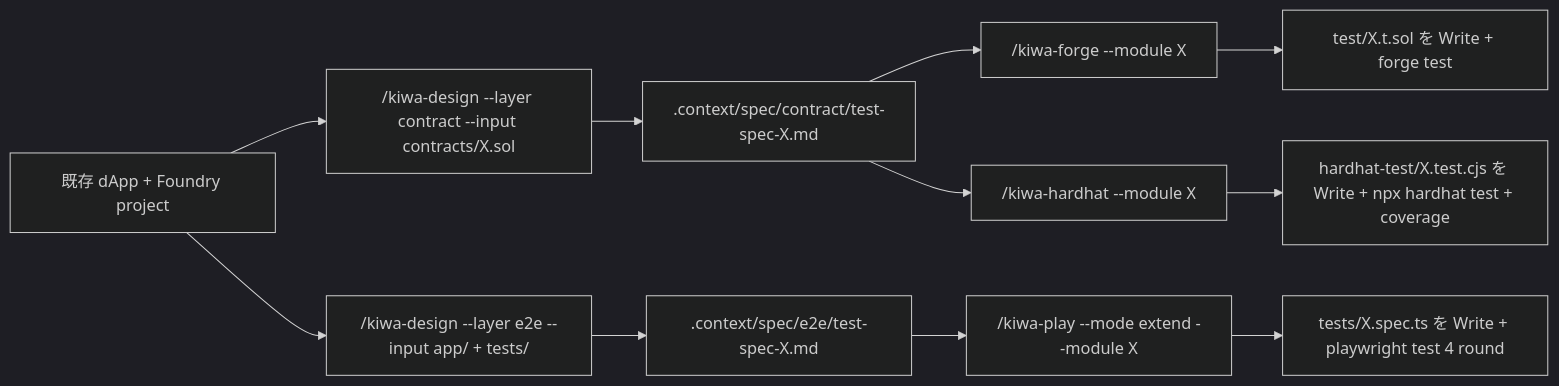
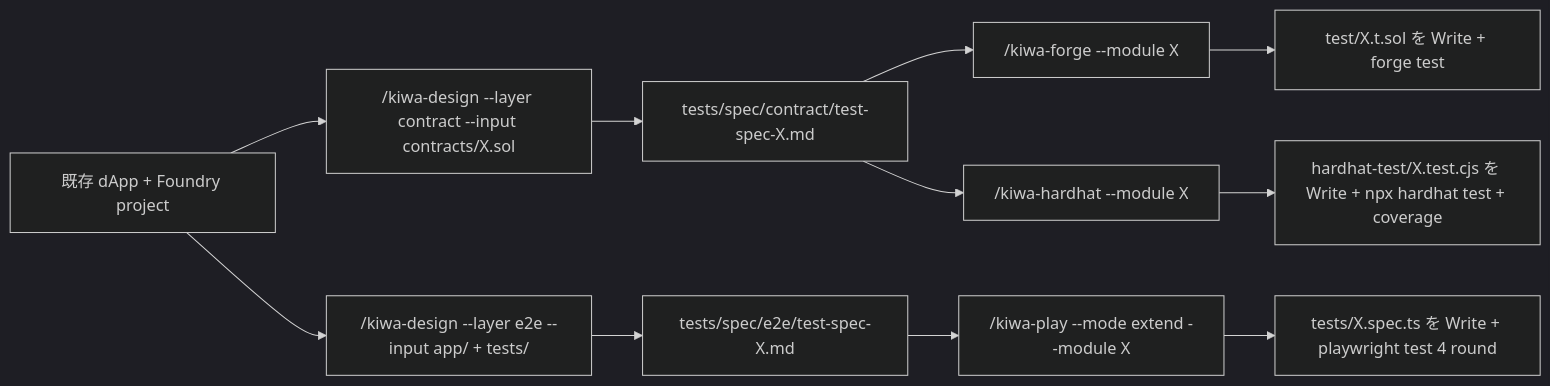
One commit to cardene777/kiwa changed the diagram in tests/docs/retrofit-existing-dapp.ja.md. Above: the diagram before and after it, drawn with Mermaid (dark theme). The commit also changed other lines of this file and 21 other files, not shown here.

First line of the commit message:
🐛 fix(skills+docs): test 仕様書 path を .context/spec/ から tests/spec/ (repo root tracked) に統一 (#215)

````diff
--- a/tests/docs/retrofit-existing-dapp.ja.md
+++ b/tests/docs/retrofit-existing-dapp.ja.md
@@ -17,13 +17,13 @@
 ```mermaid
 graph LR
     A[既存 dApp + Foundry project] --> B["/kiwa-design --layer contract --input contracts/X.sol"]
     A --> C["/kiwa-design --layer e2e --input app/ + tests/"]
-    B --> D[.context/spec/contract/test-spec-X.md]
-    C --> E[.context/spec/e2e/test-spec-X.md]
+    B --> D[tests/spec/contract/test-spec-X.md]
+    C --> E[tests/spec/e2e/test-spec-X.md]
     D --> F["/kiwa-forge --module X"]
     D --> G["/kiwa-hardhat --module X"]
     E --> H["/kiwa-play --mode extend --module X"]
     F --> I[test/X.t.sol を Write + forge test]
     G --> J[hardhat-test/X.test.cjs を Write + npx hardhat test + coverage]
     H --> K[tests/X.spec.ts を Write + playwright test 4 round]
 ```
````
